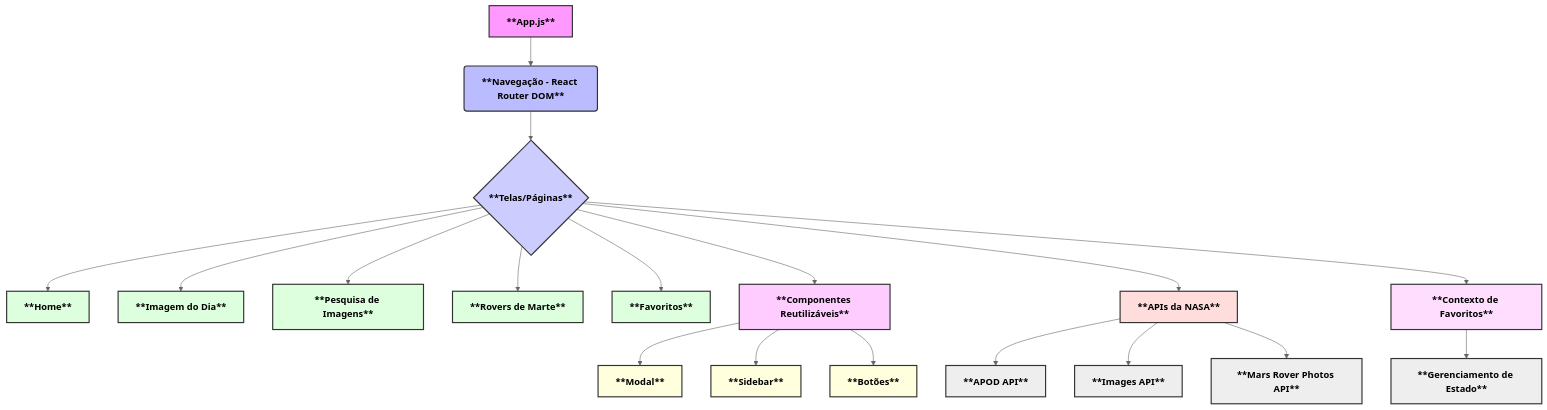
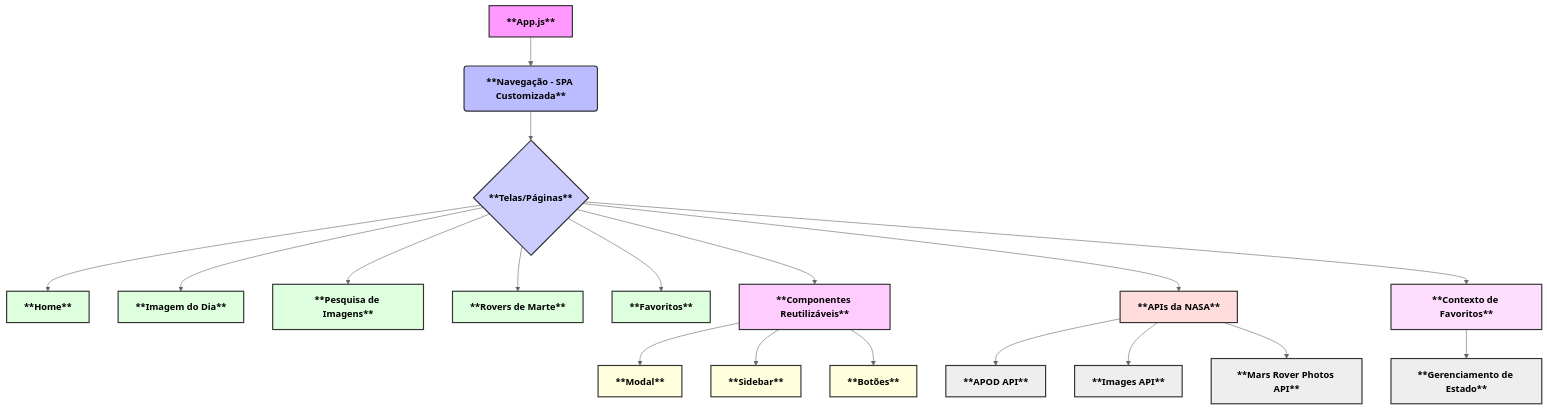
The diagram in README.md (DessimA/NASA_Galery), drawn with Mermaid (neutral theme) before and after one commit. The commit also changed other lines of this file, not shown here.

````diff
--- a/README.md
+++ b/README.md
@@ -40,42 +39,42 @@
 ```mermaid
 graph TD
-    A[**App.js**] --> B(**Navegação - React Router DOM**)
+    A[**App.js**] --> B(**Navegação - SPA Customizada**)
     B --> C{**Telas/Páginas**}
     C --> D[**Home**]
     C --> E[**Imagem do Dia**]
     C --> F[**Pesquisa de Imagens**]
     C --> G[**Rovers de Marte**]
     C --> H[**Favoritos**]
 
     C --> I[**Componentes Reutilizáveis**]
     I --> J[**Modal**]
     I --> K[**Sidebar**]
     I --> L[**Botões**]
 
     C --> M[**APIs da NASA**]
     M --> N[**APOD API**]
     M --> O[**Images API**]
     M --> P[**Mars Rover Photos API**]
 
     C --> Q[**Contexto de Favoritos**]
     Q --> R[**Gerenciamento de Estado**]
 
     style A fill:#f9f,stroke:#333,stroke-width:2px,font-weight:bold,color:#000
     style B fill:#bbf,stroke:#333,stroke-width:2px,font-weight:bold,color:#000
     style C fill:#ccf,stroke:#333,stroke-width:2px,font-weight:bold,color:#000
     style D fill:#dfd,stroke:#333,stroke-width:2px,font-weight:bold,color:#000
     style E fill:#dfd,stroke:#333,stroke-width:2px,font-weight:bold,color:#000
     style F fill:#dfd,stroke:#333,stroke-width:2px,font-weight:bold,color:#000
     style G fill:#dfd,stroke:#333,stroke-width:2px,font-weight:bold,color:#000
     style H fill:#dfd,stroke:#333,stroke-width:2px,font-weight:bold,color:#000
     style I fill:#fcf,stroke:#333,stroke-width:2px,font-weight:bold,color:#000
     style J fill:#ffd,stroke:#333,stroke-width:2px,font-weight:bold,color:#000
     style K fill:#ffd,stroke:#333,stroke-width:2px,font-weight:bold,color:#000
     style L fill:#ffd,stroke:#333,stroke-width:2px,font-weight:bold,color:#000
     style M fill:#fdd,stroke:#333,stroke-width:2px,font-weight:bold,color:#000
     style N fill:#eee,stroke:#333,stroke-width:2px,font-weight:bold,color:#000
     style O fill:#eee,stroke:#333,stroke-width:2px,font-weight:bold,color:#000
     style P fill:#eee,stroke:#333,stroke-width:2px,font-weight:bold,color:#000
     style Q fill:#fdf,stroke:#333,stroke-width:2px,font-weight:bold,color:#000
     style R fill:#eee,stroke:#333,stroke-width:2px,font-weight:bold,color:#000
 ```
````
